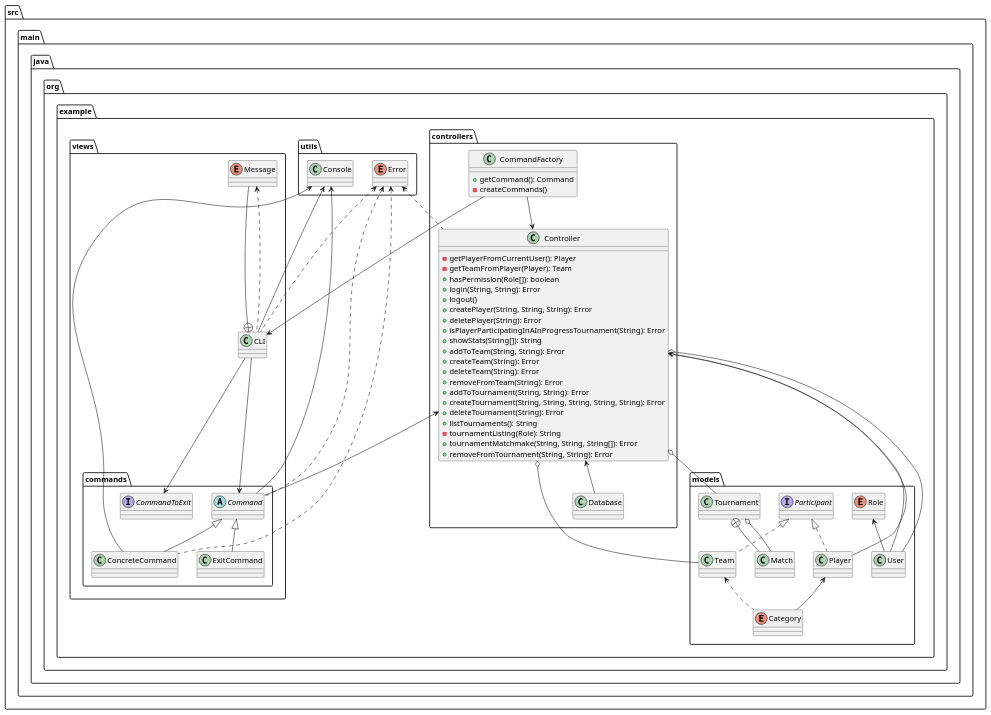
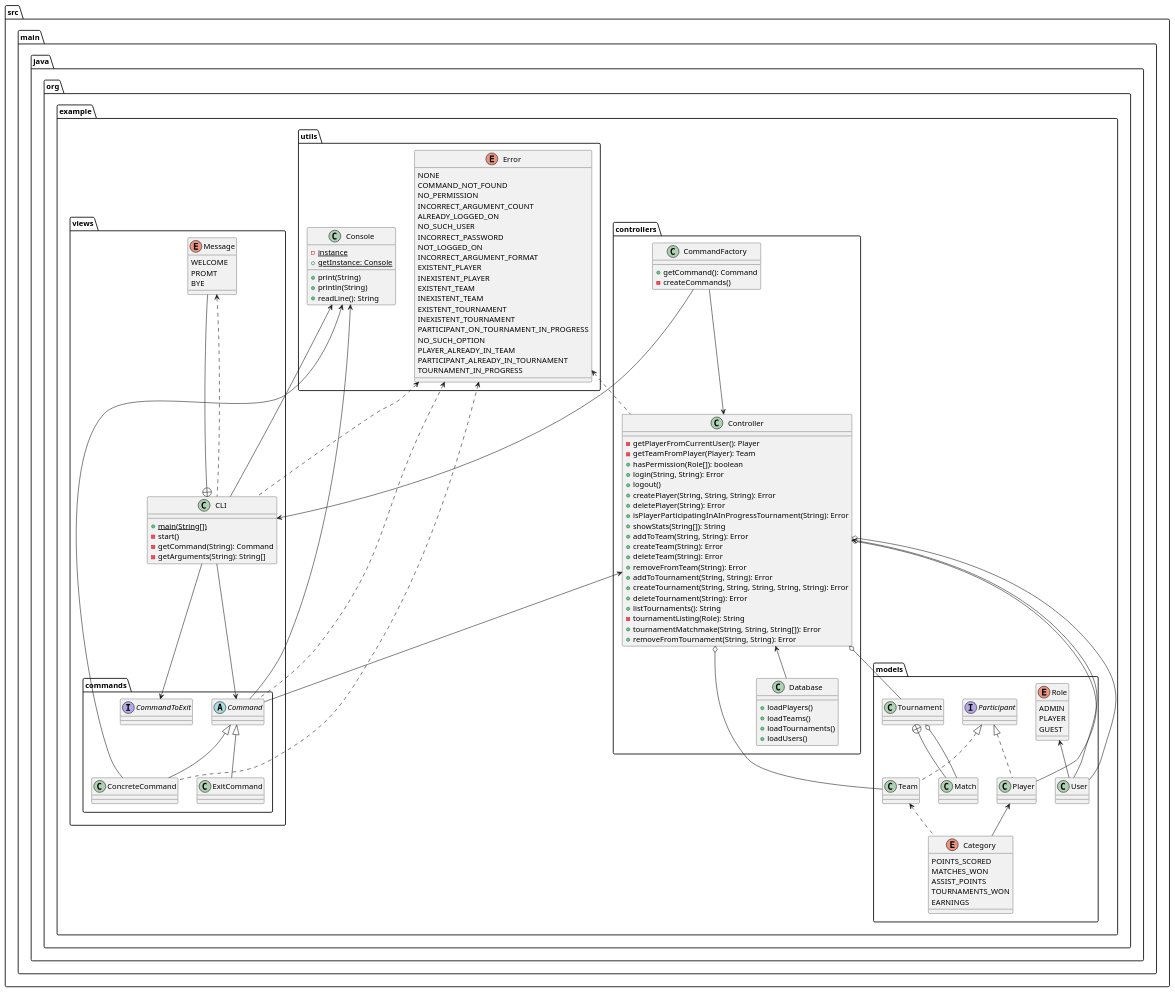
One commit to kareiku/poo-practica changed the diagram in diagram.puml. Above: the diagram before and after it, drawn with PlantUML.

```diff
--- a/diagram.puml
+++ b/diagram.puml
@@ -1,92 +1,143 @@
 @startuml
 
 package src.main.java.org.example {
     package controllers {
         class CommandFactory {
             +getCommand(): Command
             -createCommands()
         }
         class Controller {
             -getPlayerFromCurrentUser(): Player
             -getTeamFromPlayer(Player): Team
             +hasPermission(Role[]): boolean
             +login(String, String): Error
             +logout()
             +createPlayer(String, String, String): Error
             +deletePlayer(String): Error
             +isPlayerParticipatingInAInProgressTournament(String): Error
             +showStats(String[]): String
             +addToTeam(String, String): Error
             +createTeam(String): Error
             +deleteTeam(String): Error
             +removeFromTeam(String): Error
             +addToTournament(String, String): Error
             +createTournament(String, String, String, String, String): Error
             +deleteTournament(String): Error
             +listTournaments(): String
             -tournamentListing(Role): String
             +tournamentMatchmake(String, String, String[]): Error
             +removeFromTournament(String, String): Error
         }
-        class Database
+        class Database {
+            +loadPlayers()
+            +loadTeams()
+            +loadTournaments()
+            +loadUsers()
+        }
     }
 
     package models {
-        enum Category
+        enum Category {
+            POINTS_SCORED
+            MATCHES_WON
+            ASSIST_POINTS
+            TOURNAMENTS_WON
+            EARNINGS
+        }
         interface Participant
         class Player implements Participant
-        enum Role
+        enum Role {
+            ADMIN
+            PLAYER
+            GUEST
+        }
         class Team implements Participant
         class Tournament
         class Match
         class User
     }
 
     package utils {
-        class Console
-        enum Error
+        class Console {
+            -{static}instance
+            +{static}getInstance: Console
+            +print(String)
+            +println(String)
+            +readLine(): String
+        }
+        enum Error {
+            NONE
+            COMMAND_NOT_FOUND
+            NO_PERMISSION
+            INCORRECT_ARGUMENT_COUNT
+            ALREADY_LOGGED_ON
+            NO_SUCH_USER
+            INCORRECT_PASSWORD
+            NOT_LOGGED_ON
+            INCORRECT_ARGUMENT_FORMAT
+            EXISTENT_PLAYER
+            INEXISTENT_PLAYER
+            EXISTENT_TEAM
+            INEXISTENT_TEAM
+            EXISTENT_TOURNAMENT
+            INEXISTENT_TOURNAMENT
+            PARTICIPANT_ON_TOURNAMENT_IN_PROGRESS
+            NO_SUCH_OPTION
+            PLAYER_ALREADY_IN_TEAM
+            PARTICIPANT_ALREADY_IN_TOURNAMENT
+            TOURNAMENT_IN_PROGRESS
+        }
     }
 
     package views {
         package commands {
             abstract Command
             interface CommandToExit
             class ConcreteCommand extends Command
             class ExitCommand extends Command
         }
-        class CLI
-        enum Message
+        class CLI {
+            +{static}main(String[])
+            -start()
+            -getCommand(String): Command
+            -getArguments(String): String[]
+        }
+        enum Message {
+            WELCOME
+            PROMT
+            BYE
+        }
     }
 }
 
 CommandFactory --> CLI
 CommandFactory --> Controller
 CLI --> Command
 Command --> Controller
 
 Console <-- CLI
 Console <-- Command
 Console <-- ConcreteCommand
 
 Tournament +-- Match
 Tournament o-- Match
 Message --+ CLI
 Message <.. CLI
 CommandToExit <-- CLI
 Role <-- User
 Team <.. Category
 Player <-- Category
 
 Error <.. Command
 Error <.. ConcreteCommand
 Error <.. Controller
 Error <.. CLI
 
 Controller <-- User
 Controller o-- Player
 Controller o-- Team
 Controller o-- Tournament
 Controller o-- User
 Controller <-- Database
 
 @enduml
```
